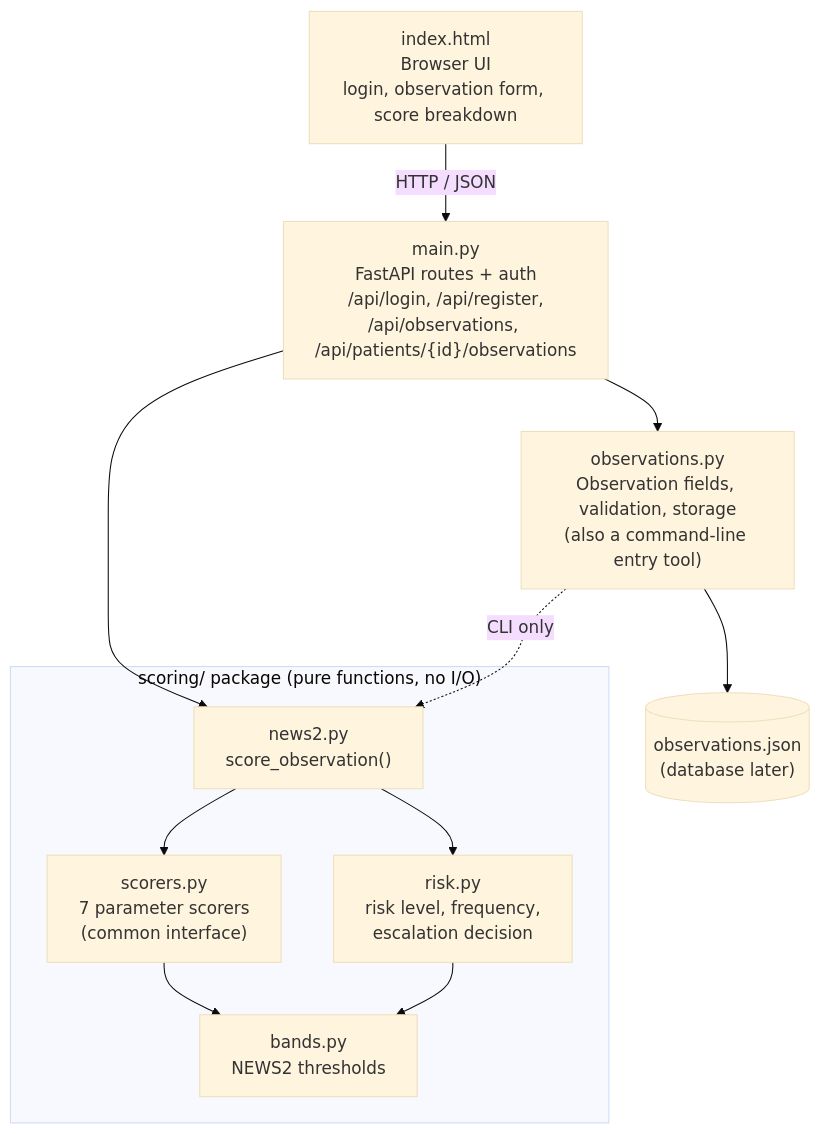
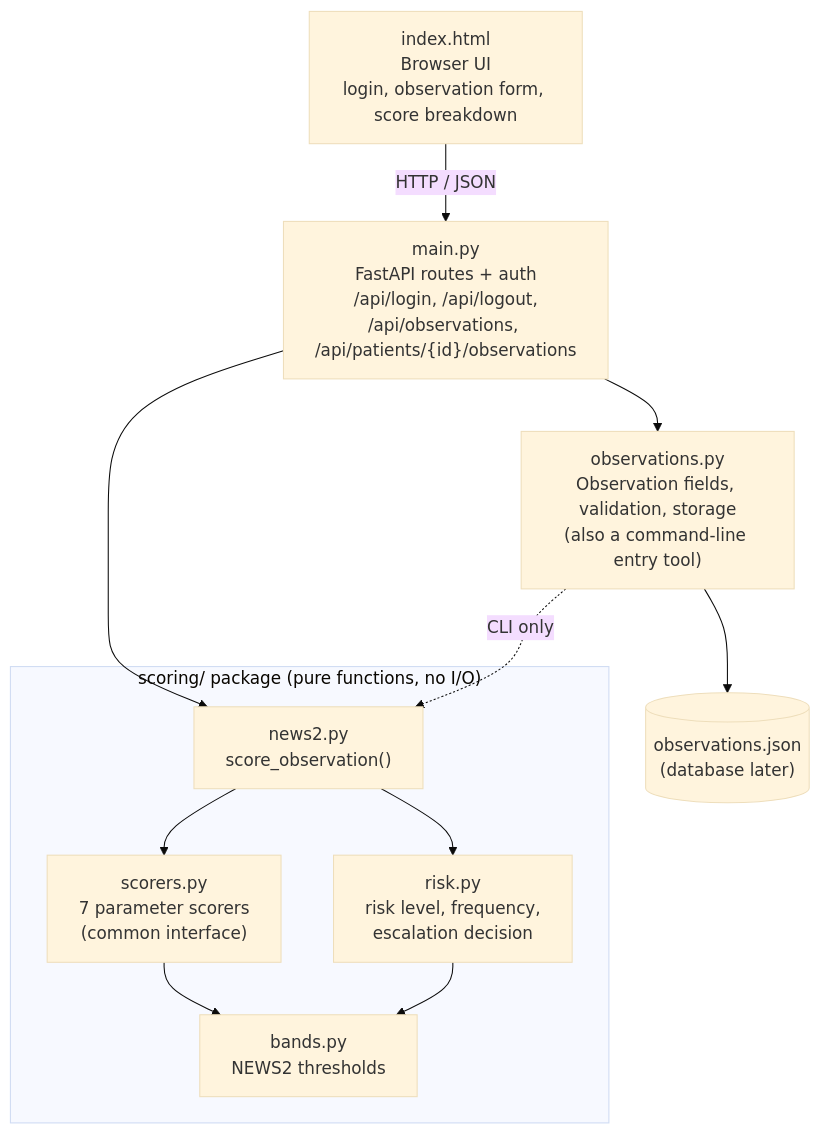
Before and after one commit to n85mith/COMP3415-GROUP_PROJECT: the diagram in docs/ARCHITECTURE.md, drawn with Mermaid (base theme). The commit also changed other lines of this file and 9 other files, not shown here.

````diff
--- a/docs/ARCHITECTURE.md
+++ b/docs/ARCHITECTURE.md
@@ -5,23 +5,23 @@
 ```mermaid
 flowchart TD
     UI["index.html<br/>Browser UI<br/>login, observation form, score breakdown"]
-    API["main.py<br/>FastAPI routes + auth<br/>/api/login, /api/register,<br/>/api/observations, /api/patients/{id}/observations"]
+    API["main.py<br/>FastAPI routes + auth<br/>/api/login, /api/logout,<br/>/api/observations, /api/patients/{id}/observations"]
     OBS["observations.py<br/>Observation fields, validation, storage<br/>(also a command-line entry tool)"]
     subgraph SCORING["scoring/ package (pure functions, no I/O)"]
         NEWS["news2.py<br/>score_observation()"]
         SCORERS["scorers.py<br/>7 parameter scorers<br/>(common interface)"]
         BANDS["bands.py<br/>NEWS2 thresholds"]
         RISK["risk.py<br/>risk level, frequency,<br/>escalation decision"]
     end
     STORE[("observations.json<br/>(database later)")]
 
     UI -- "HTTP / JSON" --> API
     API --> OBS
     API --> NEWS
     OBS --> STORE
     OBS -.->|CLI only| NEWS
     NEWS --> SCORERS
     NEWS --> RISK
     SCORERS --> BANDS
     RISK --> BANDS
 ```
````
